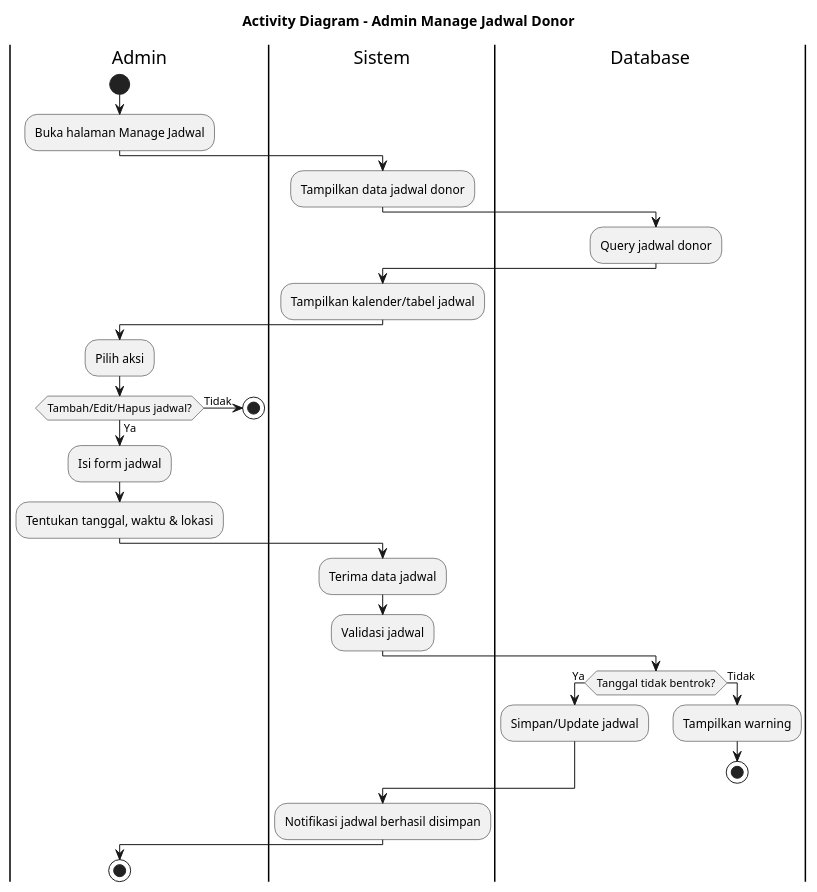
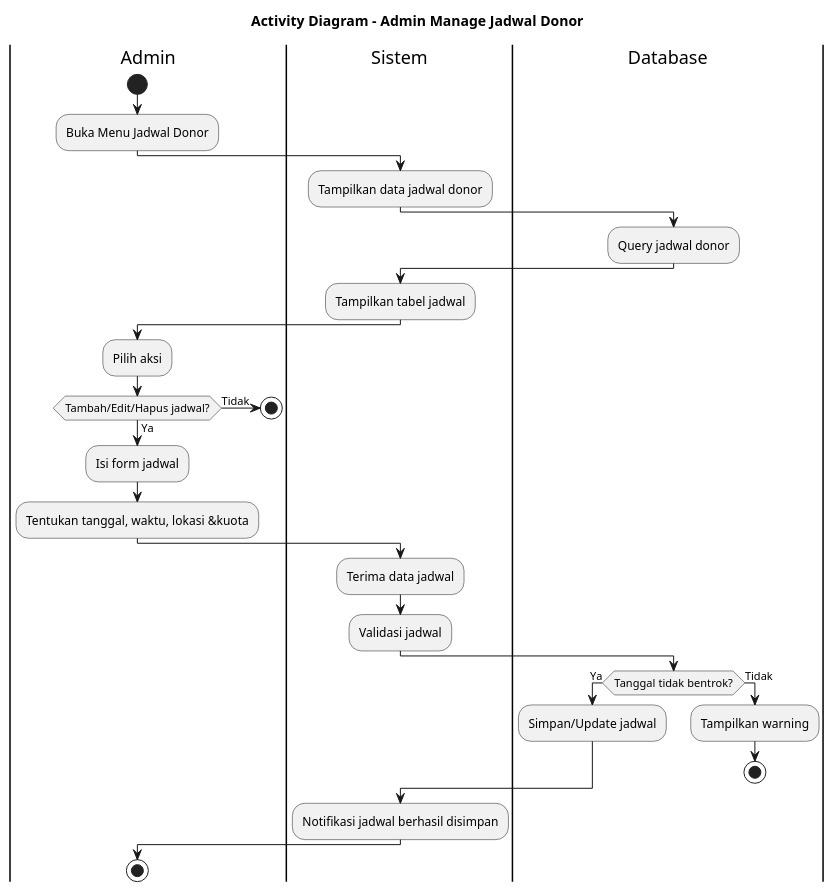
Before and after one commit to jaddu17/capstonepmikp: the diagram in diagram/activitydiagram_admin_manage_jadwal.puml, drawn with PlantUML. The commit also changed 20 other files, not shown here.

```diff
--- a/diagram/activitydiagram_admin_manage_jadwal.puml
+++ b/diagram/activitydiagram_admin_manage_jadwal.puml
@@ -1,44 +1,44 @@
 @startuml ACTIVITY_DIAGRAM_ADMIN_MANAGE_JADWAL
 title Activity Diagram - Admin Manage Jadwal Donor
 
 |Admin|
 start
-:Buka halaman Manage Jadwal;
+:Buka Menu Jadwal Donor;
 
 |Sistem|
 :Tampilkan data jadwal donor;
 
 |Database|
 :Query jadwal donor;
 
 |Sistem|
-:Tampilkan kalender/tabel jadwal;
+:Tampilkan tabel jadwal;
 
 |Admin|
 :Pilih aksi;
 if (Tambah/Edit/Hapus jadwal?) then (Ya)
   :Isi form jadwal;
-  :Tentukan tanggal, waktu & lokasi;
+  :Tentukan tanggal, waktu, lokasi &kuota;
 else (Tidak)
   stop
 endif
 
 |Sistem|
 :Terima data jadwal;
 :Validasi jadwal;
 
 |Database|
 if (Tanggal tidak bentrok?) then (Ya)
   :Simpan/Update jadwal;
 else (Tidak)
   :Tampilkan warning;
   stop
 endif
 
 |Sistem|
 :Notifikasi jadwal berhasil disimpan;
 
 |Admin|
 stop
 
 @enduml
```
